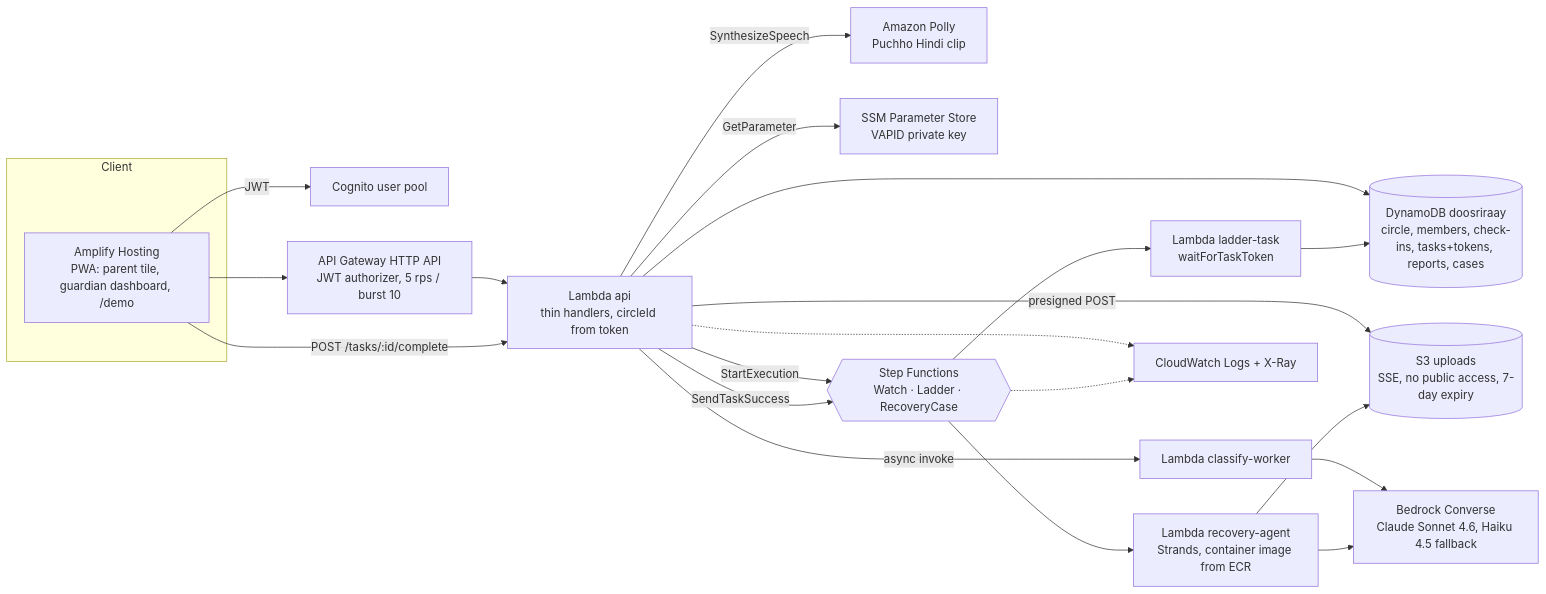
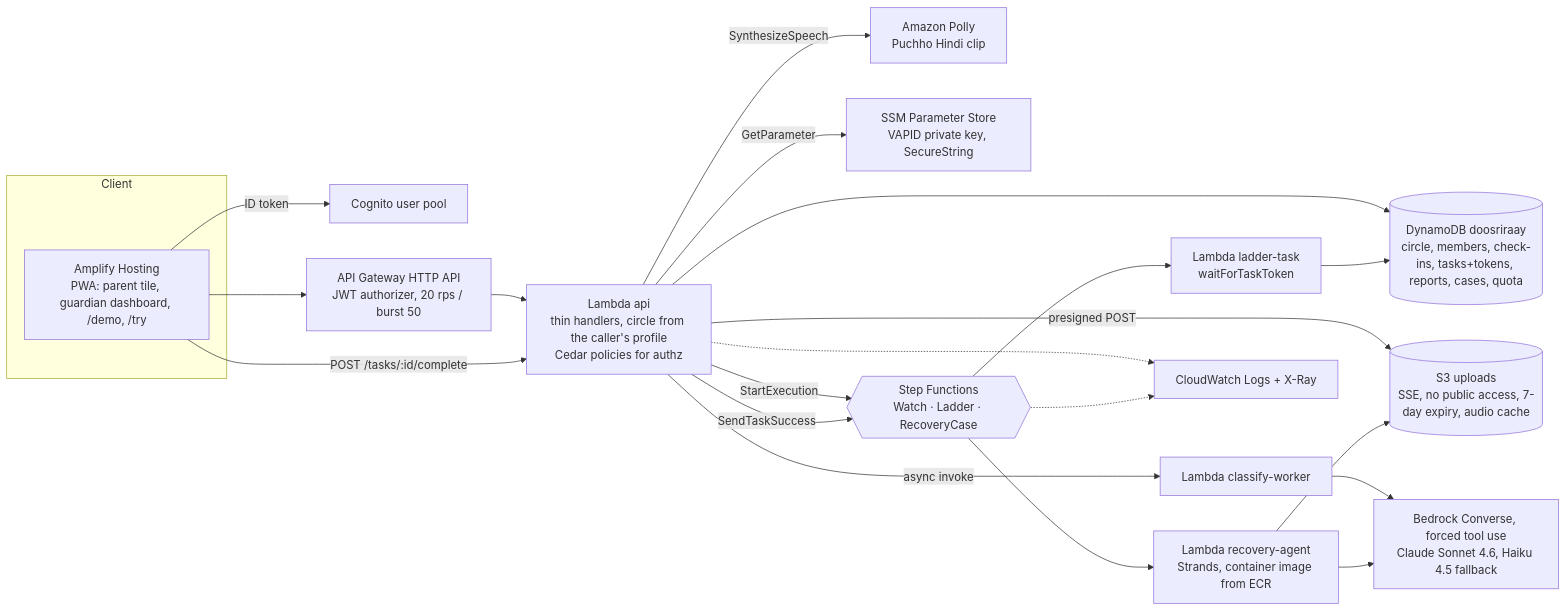
One commit to abhay-codes07/doosri-raay changed the first of 2 diagrams in README.md. Above: the diagram before and after it, drawn with Mermaid. The commit also changed other lines of this file, not shown here.

Commit message:
docs: README for judges - Try it (no sign-up) at the top, five-techniques mapping with honest status, AWS services with HOW and timestamps, short AWS feedback, what we learned, overreach claims fixed, ap-south-1 and service-count wording corrected

````diff
--- a/README.md
+++ b/README.md
@@ -96,24 +101,24 @@
 ```mermaid
 flowchart LR
   subgraph Client
-    PWA[Amplify Hosting<br/>PWA: parent tile, guardian dashboard, /demo]
+    PWA[Amplify Hosting<br/>PWA: parent tile, guardian dashboard, /demo, /try]
   end
-  PWA -- JWT --> COG[Cognito user pool]
-  PWA --> APIGW[API Gateway HTTP API<br/>JWT authorizer, 5 rps / burst 10]
-  APIGW --> API[Lambda api<br/>thin handlers, circleId from token]
-  API --> DDB[(DynamoDB doosriraay<br/>circle, members, check-ins, tasks+tokens, reports, cases)]
-  API -- presigned POST --> S3[(S3 uploads<br/>SSE, no public access, 7-day expiry)]
+  PWA -- ID token --> COG[Cognito user pool]
+  PWA --> APIGW[API Gateway HTTP API<br/>JWT authorizer, 20 rps / burst 50]
+  APIGW --> API[Lambda api<br/>thin handlers, circle from the caller's profile<br/>Cedar policies for authz]
+  API --> DDB[(DynamoDB doosriraay<br/>circle, members, check-ins, tasks+tokens, reports, cases, quota)]
+  API -- presigned POST --> S3[(S3 uploads<br/>SSE, no public access, 7-day expiry, audio cache)]
   API -- async invoke --> CW[Lambda classify-worker]
-  CW --> BR[Bedrock Converse<br/>Claude Sonnet 4.6, Haiku 4.5 fallback]
+  CW --> BR[Bedrock Converse, forced tool use<br/>Claude Sonnet 4.6, Haiku 4.5 fallback]
   API -- SynthesizeSpeech --> POLLY[Amazon Polly<br/>Puchho Hindi clip]
-  API -- GetParameter --> SSM[SSM Parameter Store<br/>VAPID private key]
+  API -- GetParameter --> SSM[SSM Parameter Store<br/>VAPID private key, SecureString]
   API -- StartExecution --> SFN{{Step Functions<br/>Watch · Ladder · RecoveryCase}}
   SFN --> LT[Lambda ladder-task<br/>waitForTaskToken]
   LT --> DDB
   SFN --> RA[Lambda recovery-agent<br/>Strands, container image from ECR]
   RA --> BR
   RA --> S3
   PWA -- "POST /tasks/:id/complete" --> API -- SendTaskSuccess --> SFN
   API -.-> LOGS[CloudWatch Logs + X-Ray]
   SFN -.-> LOGS
 ```
````
